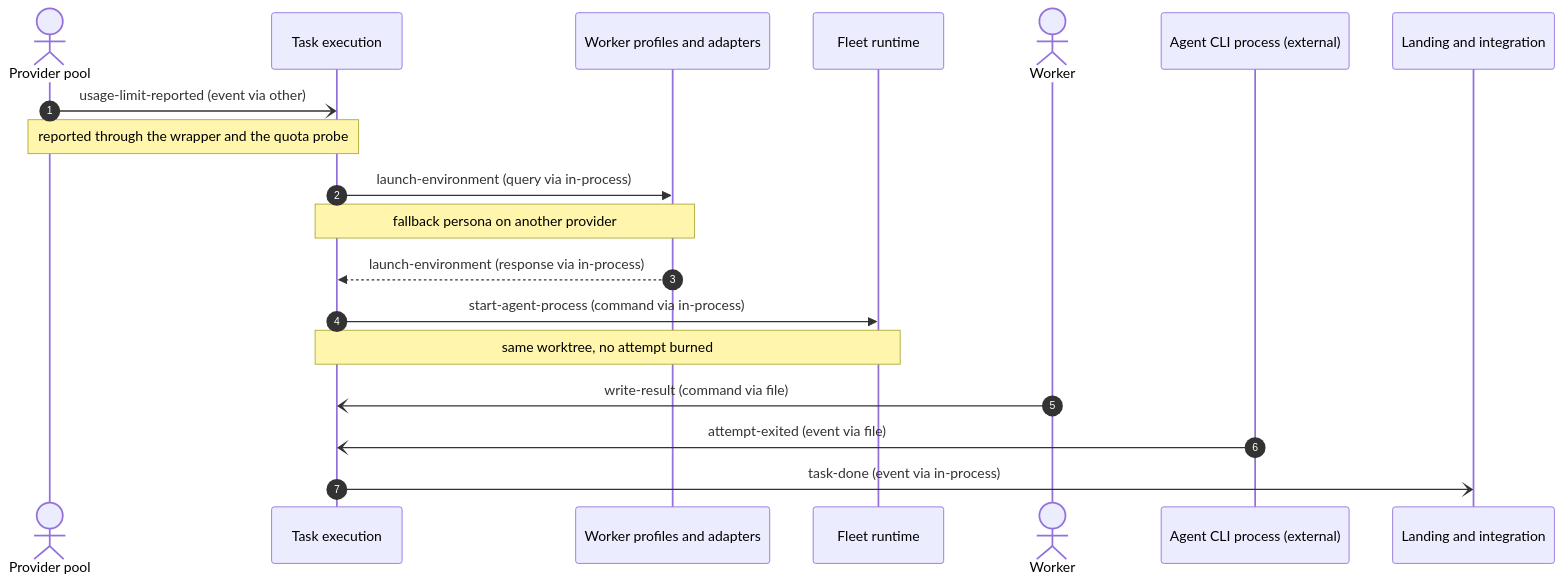
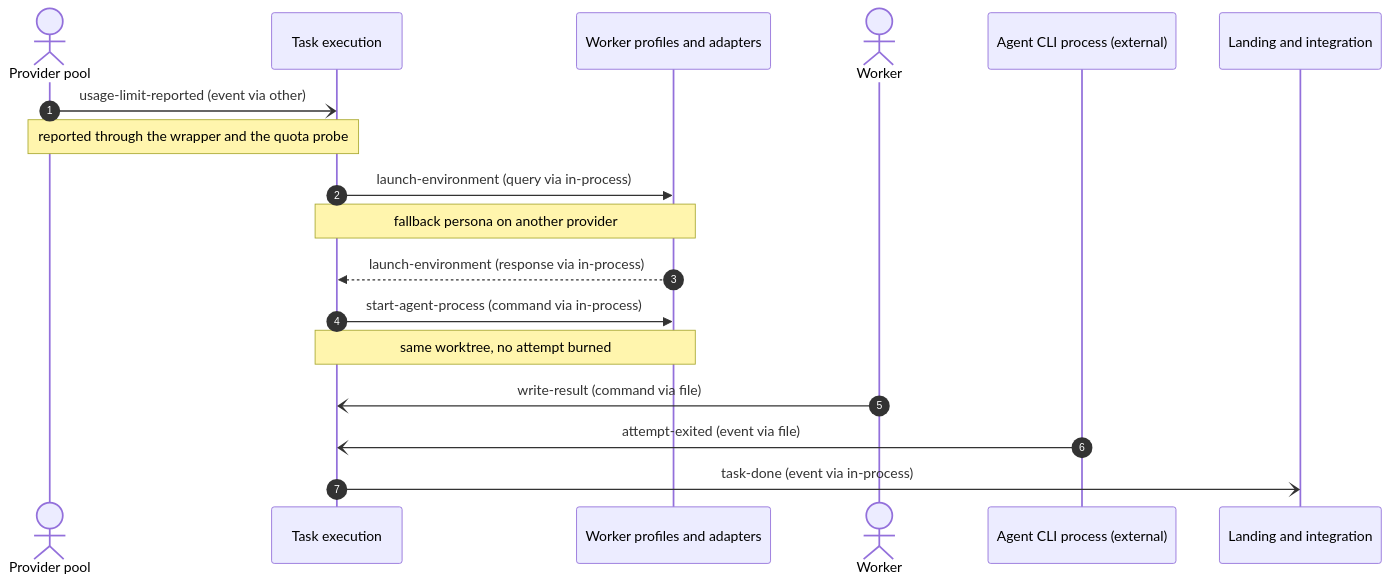
One commit to MattMakes/multi-herdr changed the fourth of 9 diagrams in ddd/05-connect/message-flows.md. Above: the diagram before and after it, drawn with Mermaid. The commit also changed other lines of this file and 30 other files, not shown here.

````diff
--- a/ddd/05-connect/message-flows.md
+++ b/ddd/05-connect/message-flows.md
@@ -174,21 +158,20 @@
 ```mermaid
 sequenceDiagram
   autonumber
   actor provider_pool as Provider pool
   participant task_execution as Task execution
   participant worker_profiles as Worker profiles and adapters
-  participant fleet_runtime as Fleet runtime
   actor worker as Worker
   participant agent_cli as Agent CLI process (external)
   participant integration as Landing and integration
   provider_pool-)task_execution: usage-limit-reported (event via other)
   Note over provider_pool,task_execution: reported through the wrapper and the quota probe
   task_execution->>worker_profiles: launch-environment (query via in-process)
   Note over task_execution,worker_profiles: fallback persona on another provider
   worker_profiles-->>task_execution: launch-environment (response via in-process)
-  task_execution->>fleet_runtime: start-agent-process (command via in-process)
-  Note over task_execution,fleet_runtime: same worktree, no attempt burned
+  task_execution->>worker_profiles: start-agent-process (command via in-process)
+  Note over task_execution,worker_profiles: same worktree, no attempt burned
   worker-)task_execution: write-result (command via file)
   agent_cli-)task_execution: attempt-exited (event via file)
   task_execution-)integration: task-done (event via in-process)
 ```
````
